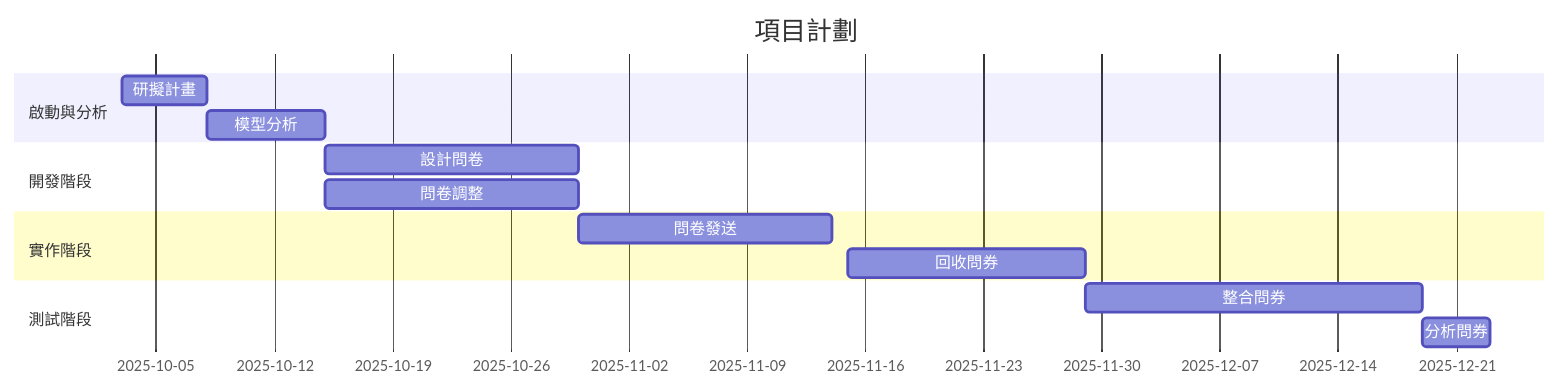
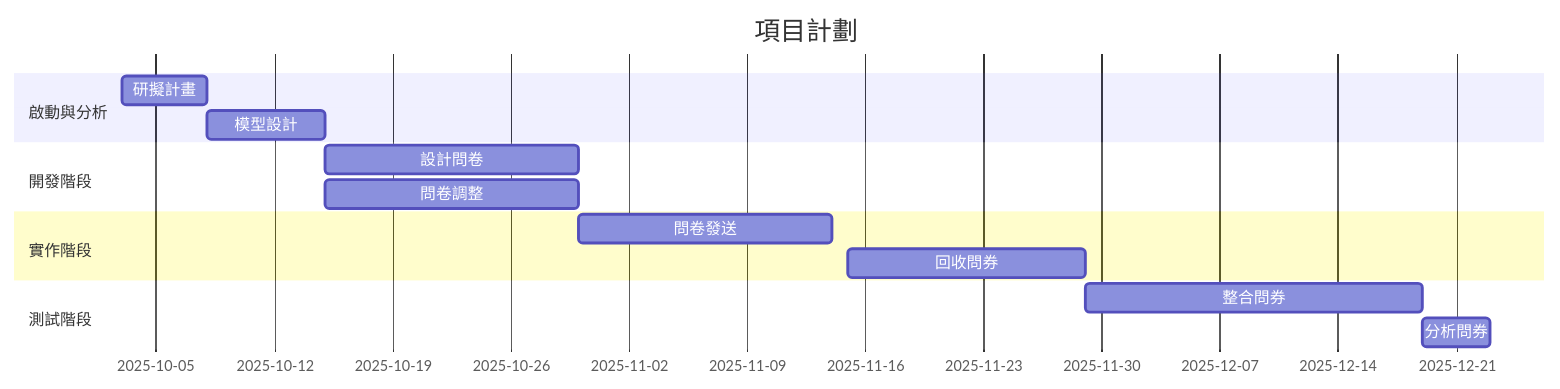
The first of 2 diagrams in work2.md (kai222592/114_Capstone-Project), drawn with Mermaid before and after one commit. The commit also changed other lines of this file, not shown here.

````diff
--- a/work2.md
+++ b/work2.md
@@ -15,17 +15,17 @@
 ```mermaid
 gantt
     title 項目計劃
     dateFormat  YYYY-MM-DD
     section 啟動與分析
     研擬計畫         :2025-10-03, 5d
-    模型分析         :2025-10-08, 7d
+    模型設計         :2025-10-08, 7d
     section 開發階段
     設計問卷         :2025-10-15, 15d
     問卷調整         :2025-10-15, 15d
     section 實作階段
     問卷發送         :2025-10-30, 15d
     回收問券         :2025-11-15, 14d
     section 測試階段
     整合問券         :2025-11-29, 20d
     分析問券         :2025-12-19, 4d
 ```
````
